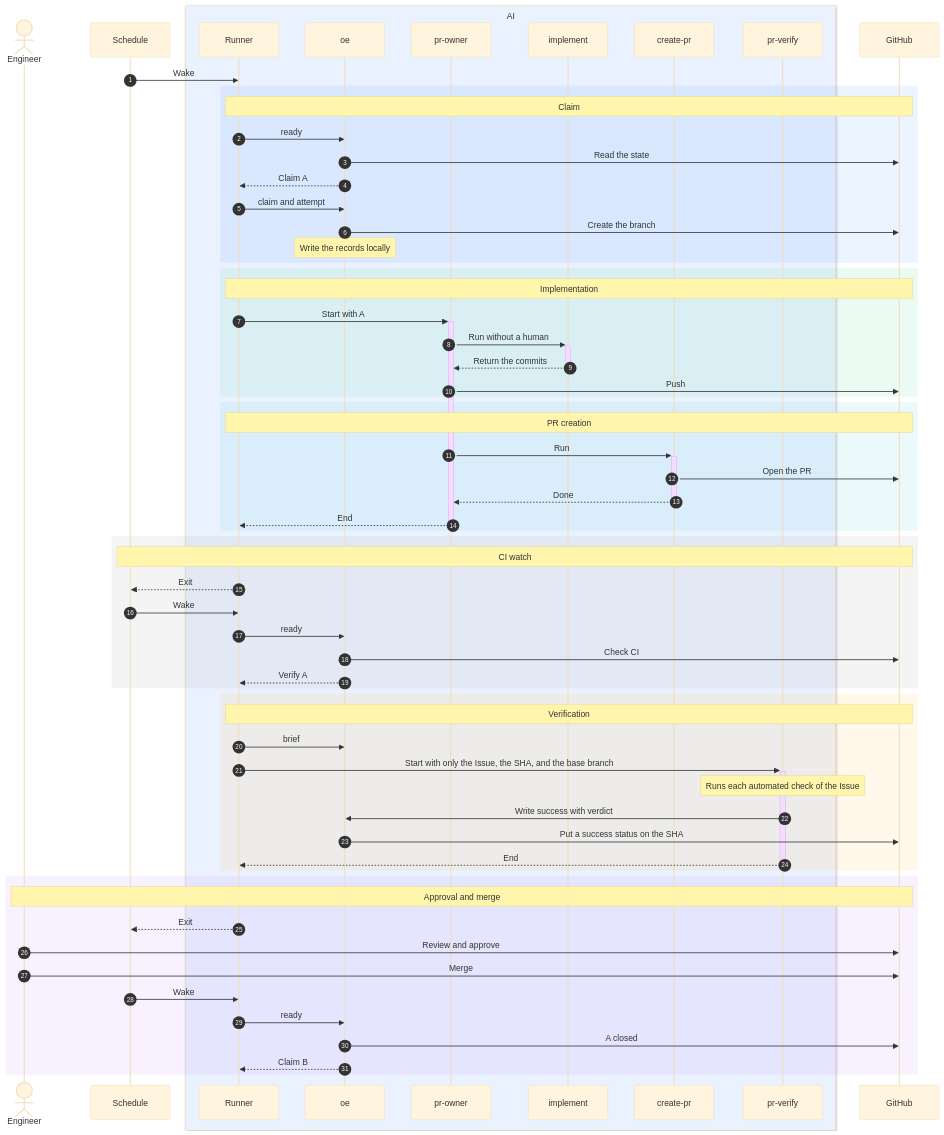
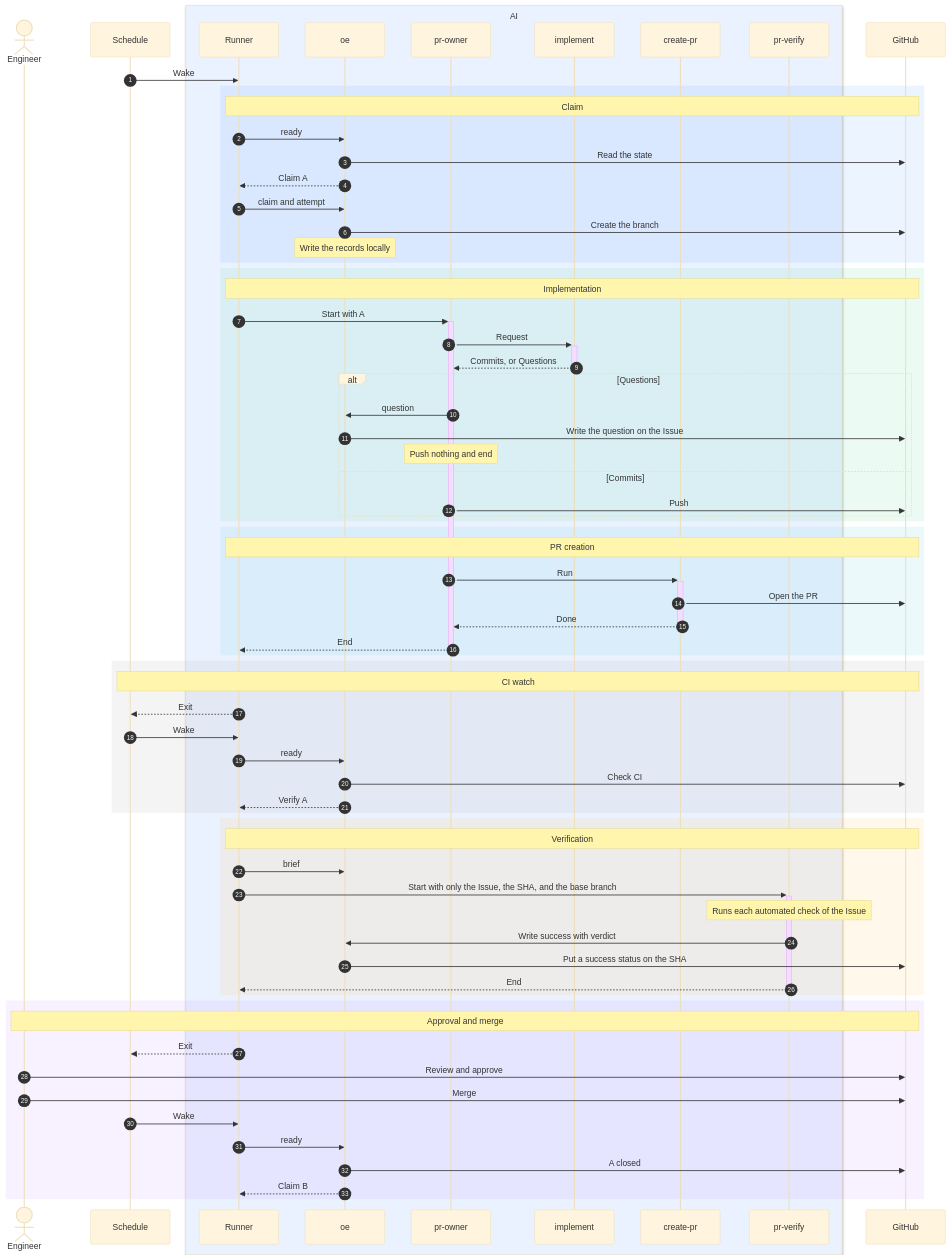
Before and after one commit to maro114510/skills: the second of 2 diagrams in docs/design/orchestrate-epic.md, drawn with Mermaid (base theme).

Commit message:
docs(orchestrate-epic): show pr-owner calling implement like any caller
- The implement Design Doc no longer distinguishes runs with and without a human, so the orchestrate-epic diagram contradicted it.
- The diagram showed only commits coming back, though implement can also end with Questions that pr-owner must write on the Issue.

Closes #779

````diff
--- a/docs/design/orchestrate-epic.md
+++ b/docs/design/orchestrate-epic.md
@@ -196,66 +196,72 @@
 ```mermaid
 sequenceDiagram
   autonumber
   actor H as Engineer
   participant S as Schedule
   box rgb(235,242,255) AI
     participant O as Runner
     participant E as oe
     participant W as pr-owner
     participant I as implement
     participant C as create-pr
     participant V as pr-verify
   end
   participant G as GitHub
   S->>O: Wake
   rect rgba(0,120,255,0.08)
     Note over O,G: Claim
     O->>E: ready
     E->>G: Read the state
     E-->>O: Claim A
     O->>E: claim and attempt
     E->>G: Create the branch
     Note over E: Write the records locally
   end
   rect rgba(0,200,120,0.08)
     Note over O,G: Implementation
     O->>+W: Start with A
-    W->>+I: Run without a human
-    I-->>-W: Return the commits
-    W->>G: Push
+    W->>+I: Request
+    I-->>-W: Commits, or Questions
+    alt Questions
+      W->>E: question
+      E->>G: Write the question on the Issue
+      Note over W: Push nothing and end
+    else Commits
+      W->>G: Push
+    end
   end
   rect rgba(0,180,200,0.08)
     Note over O,G: PR creation
     W->>+C: Run
     C->>G: Open the PR
     C-->>-W: Done
     W-->>-O: End
   end
   rect rgba(120,120,120,0.08)
     Note over S,G: CI watch
     O-->>S: Exit
     S->>O: Wake
     O->>E: ready
     E->>G: Check CI
     E-->>O: Verify A
   end
   rect rgba(255,160,0,0.08)
     Note over O,G: Verification
     O->>E: brief
     O->>+V: Start with only the Issue, the SHA, and the base branch
     Note over V: Runs each automated check of the Issue
     V->>E: Write success with verdict
     E->>G: Put a success status on the SHA
     V-->>-O: End
   end
   rect rgba(160,80,255,0.08)
     Note over H,G: Approval and merge
     O-->>S: Exit
     H->>G: Review and approve
     H->>G: Merge
     S->>O: Wake
     O->>E: ready
     E->>G: A closed
     E-->>O: Claim B
   end
 ```
````
